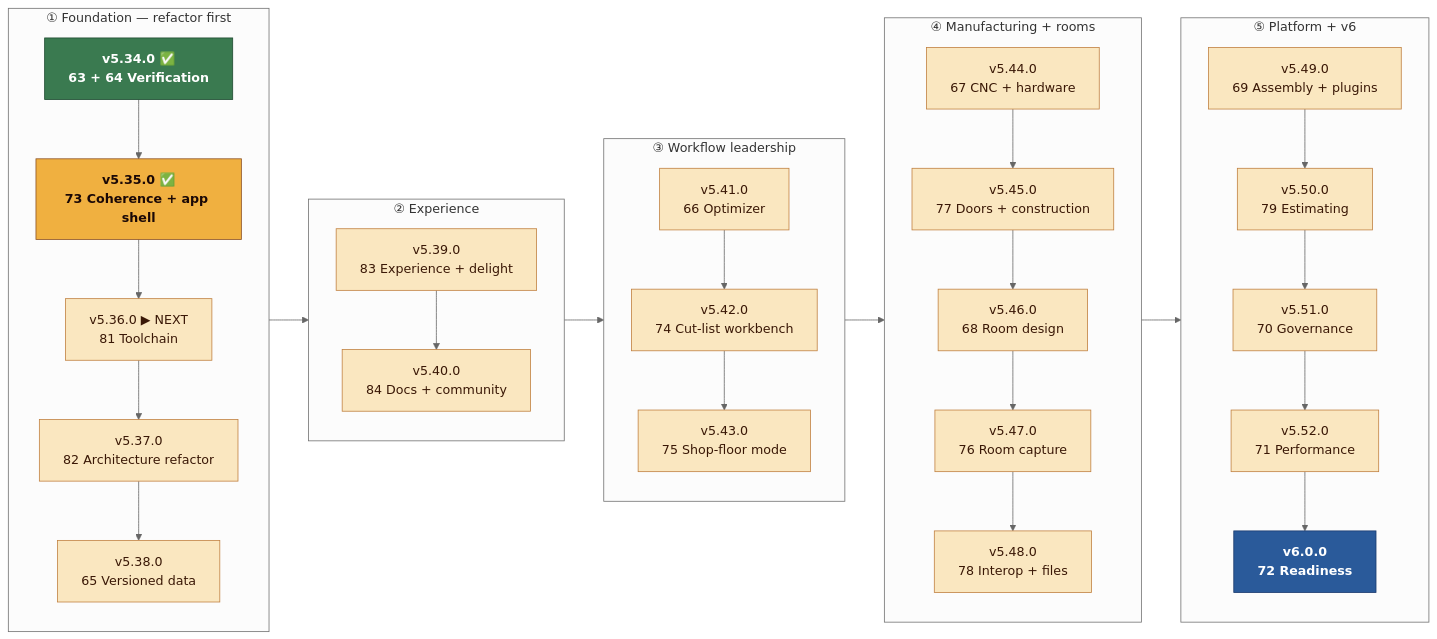
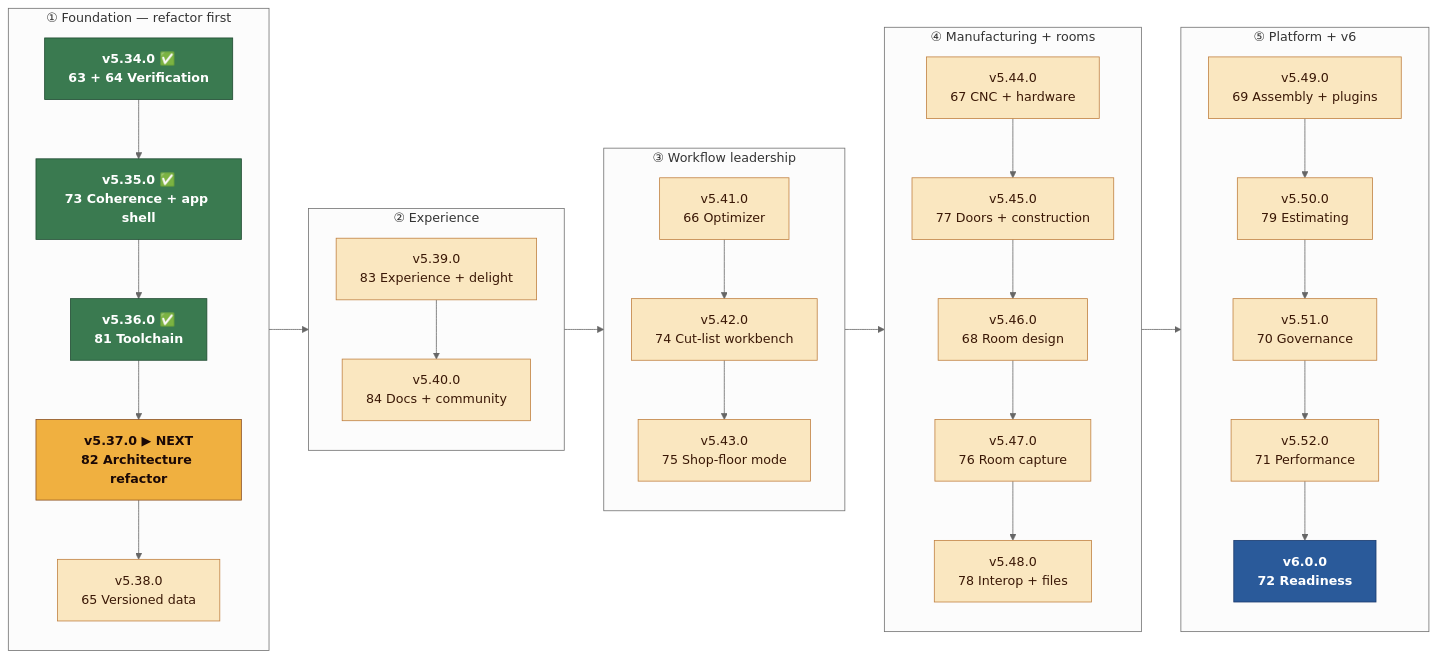
Before and after one commit to RajwanYair/WoodworkingShop: the first of 4 diagrams in ROADMAP.md, drawn with Mermaid (neutral theme). The commit also changed other lines of this file and 858 other files, not shown here.

````diff
--- a/ROADMAP.md
+++ b/ROADMAP.md
@@ -41,43 +41,44 @@
 ```mermaid
 flowchart LR
   subgraph foundation["① Foundation — refactor first"]
     direction TB
     r534["v5.34.0 ✅<br/>63 + 64 Verification"] --> r535["v5.35.0 ✅<br/>73 Coherence + app shell"]
-    r535 --> r536["v5.36.0 ▶ NEXT<br/>81 Toolchain"]
-    r536 --> r537["v5.37.0<br/>82 Architecture refactor"]
+    r535 --> r536["v5.36.0 ✅<br/>81 Toolchain"]
+    r536 --> r537["v5.37.0 ▶ NEXT<br/>82 Architecture refactor"]
     r537 --> r538["v5.38.0<br/>65 Versioned data"]
   end
   subgraph delight["② Experience"]
     direction TB
     r539["v5.39.0<br/>83 Experience + delight"] --> r540["v5.40.0<br/>84 Docs + community"]
   end
   subgraph workflow["③ Workflow leadership"]
     direction TB
     r541["v5.41.0<br/>66 Optimizer"] --> r542["v5.42.0<br/>74 Cut-list workbench"]
     r542 --> r543["v5.43.0<br/>75 Shop-floor mode"]
   end
   subgraph making["④ Manufacturing + rooms"]
     direction TB
     r544["v5.44.0<br/>67 CNC + hardware"] --> r545["v5.45.0<br/>77 Doors + construction"]
     r545 --> r546["v5.46.0<br/>68 Room design"]
     r546 --> r547["v5.47.0<br/>76 Room capture"]
     r547 --> r548["v5.48.0<br/>78 Interop + files"]
   end
   subgraph platform["⑤ Platform + v6"]
     direction TB
     r549["v5.49.0<br/>69 Assembly + plugins"] --> r550["v5.50.0<br/>79 Estimating"]
     r550 --> r551["v5.51.0<br/>70 Governance"]
     r551 --> r552["v5.52.0<br/>71 Performance"]
     r552 --> r600["v6.0.0<br/>72 Readiness"]
   end
   foundation --> delight --> workflow --> making --> platform
 
   classDef done fill:#3a7a50,stroke:#1e4a30,color:#ffffff,font-weight:bold
   classDef next fill:#f0b040,stroke:#8b5022,color:#1a0806,font-weight:bold
   classDef planned fill:#fae7c0,stroke:#c08040,color:#3a1806
   classDef major fill:#2a5a9a,stroke:#1a3a6e,color:#ffffff,font-weight:bold
   class r534 done
-  class r535 next
-  class r536,r537,r538,r539,r540,r541,r542,r543,r544,r545,r546,r547,r548,r549,r550,r551,r552 planned
+  class r534,r535,r536 done
+  class r537 next
+  class r538,r539,r540,r541,r542,r543,r544,r545,r546,r547,r548,r549,r550,r551,r552 planned
   class r600 major
 ```
````
